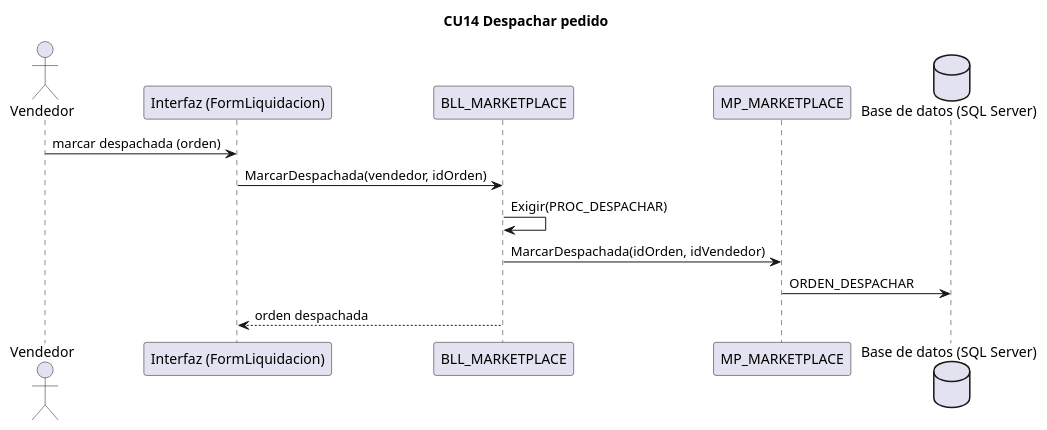
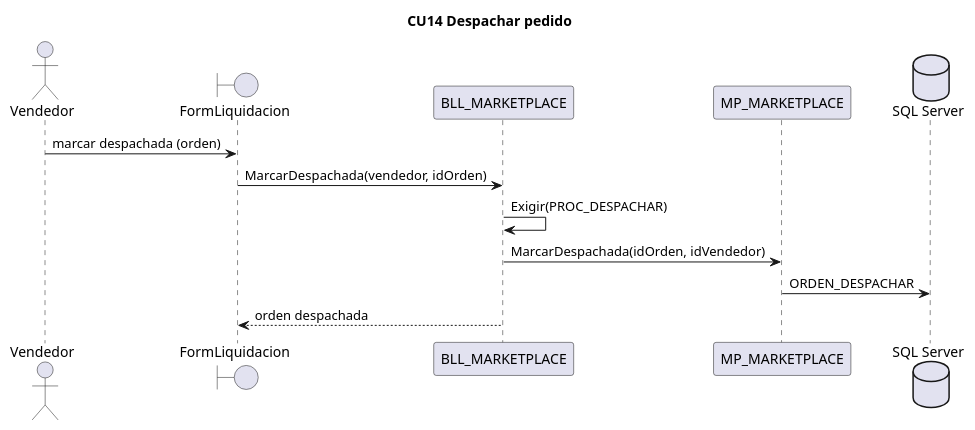
One commit to L-Muniz/uai-diploma_2026 changed the diagram in docs/diagramas/secuencias/CU14_despachar_pedido.puml. Above: the diagram before and after it, drawn with PlantUML. The commit also changed 36 other files, not shown here.

Commit message:
Docs: secuencias con símbolos de interfaz (boundary) y base de datos (database) de PlantUML

```diff
--- a/docs/diagramas/secuencias/CU14_despachar_pedido.puml
+++ b/docs/diagramas/secuencias/CU14_despachar_pedido.puml
@@ -1,14 +1,14 @@
 @startuml CU14
 title CU14 Despachar pedido
 actor Vendedor
-participant "Interfaz (FormLiquidacion)" as IU
+boundary "FormLiquidacion" as IU
 participant "BLL_MARKETPLACE" as BLL
 participant "MP_MARKETPLACE" as DAL
-database "Base de datos (SQL Server)" as BD
+database "SQL Server" as BD
 Vendedor -> IU : marcar despachada (orden)
 IU -> BLL : MarcarDespachada(vendedor, idOrden)
 BLL -> BLL : Exigir(PROC_DESPACHAR)
 BLL -> DAL : MarcarDespachada(idOrden, idVendedor)
 DAL -> BD : ORDEN_DESPACHAR
 BLL --> IU : orden despachada
 @enduml
```
